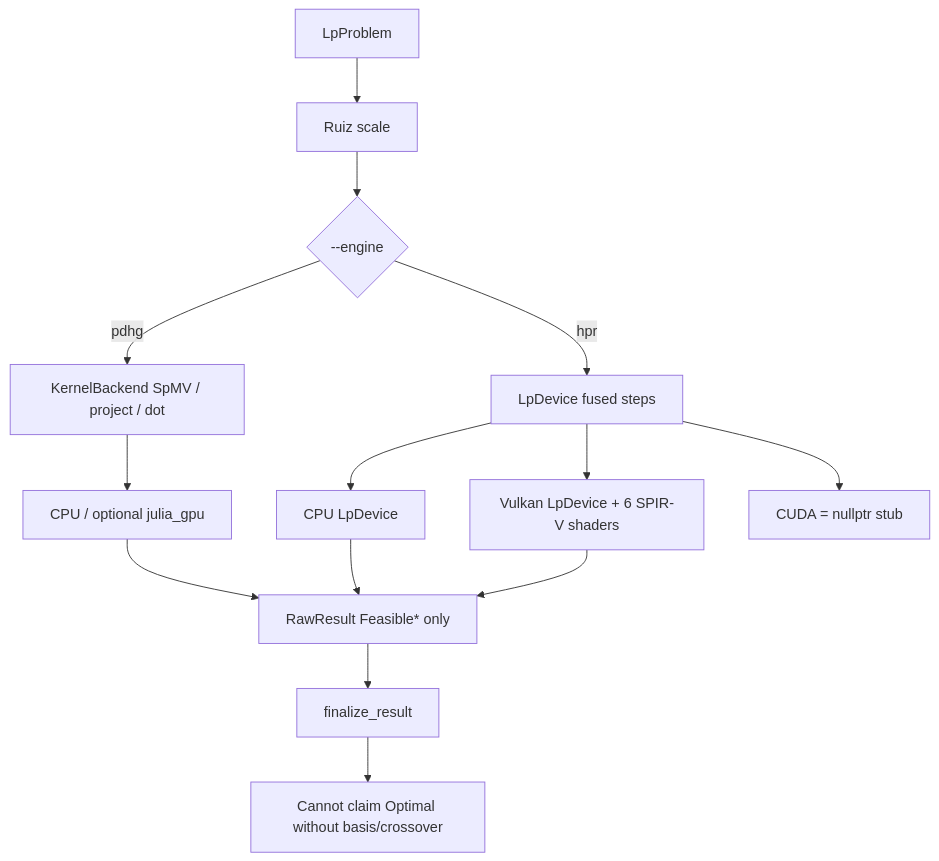
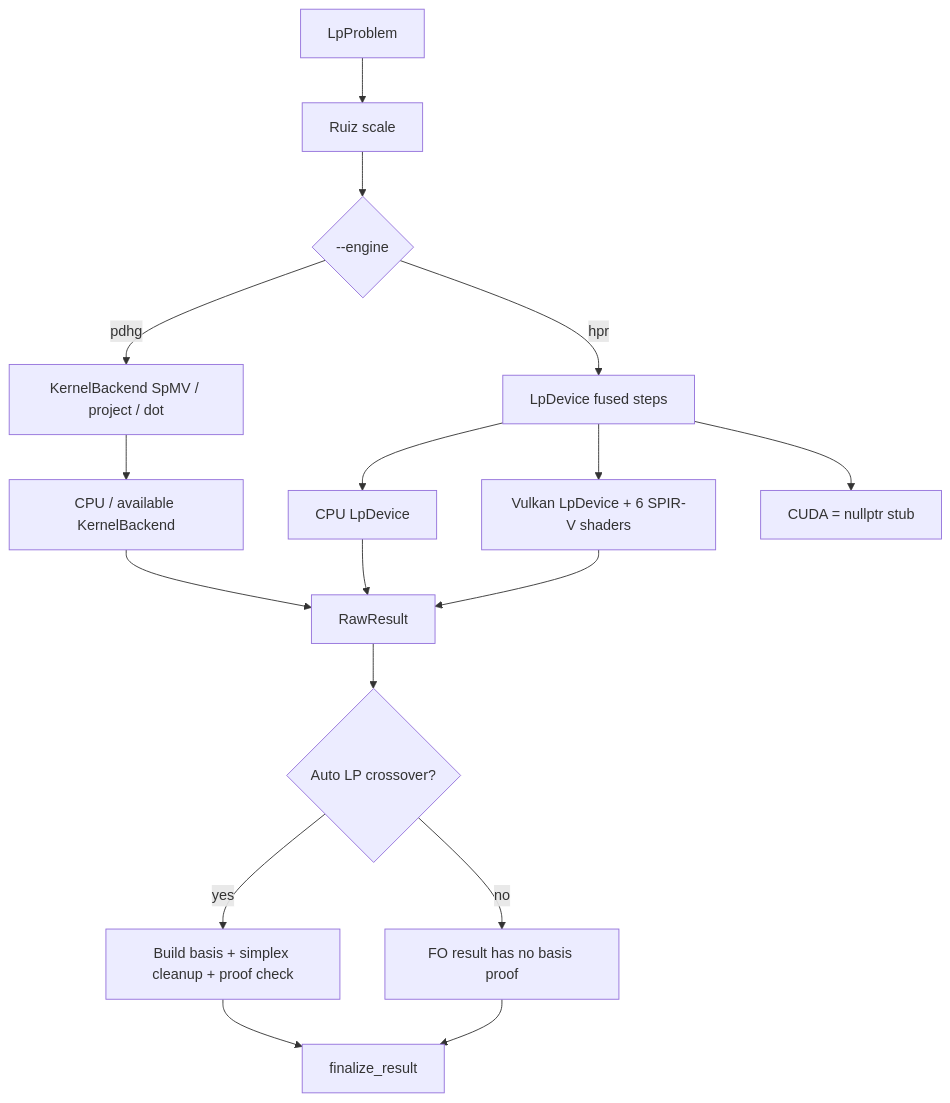
The third of 5 diagrams in docs/architecture.md (YashSuthar983/Forge), drawn with Mermaid before and after one commit. The commit also changed other lines of this file and 59 other files, not shown here.

````diff
--- a/docs/architecture.md
+++ b/docs/architecture.md
@@ -169,16 +170,19 @@
 ```mermaid
 flowchart TD
   A[LpProblem] --> B[Ruiz scale]
   B --> C{--engine}
   C -->|pdhg| D[KernelBackend SpMV / project / dot]
   C -->|hpr| E[LpDevice fused steps]
-  D --> F[CPU / optional julia_gpu]
+  D --> F[CPU / available KernelBackend]
   E --> G[CPU LpDevice]
   E --> H[Vulkan LpDevice + 6 SPIR-V shaders]
   E --> I[CUDA = nullptr stub]
-  F --> J[RawResult Feasible* only]
+  F --> J[RawResult]
   G --> J
   H --> J
-  J --> K[finalize_result]
-  K --> L[Cannot claim Optimal without basis/crossover]
+  J --> K{Auto LP crossover?}
+  K -->|yes| M[Build basis + simplex cleanup + proof check]
+  K -->|no| L[FO result has no basis proof]
+  M --> N[finalize_result]
+  L --> N
 ```
````
